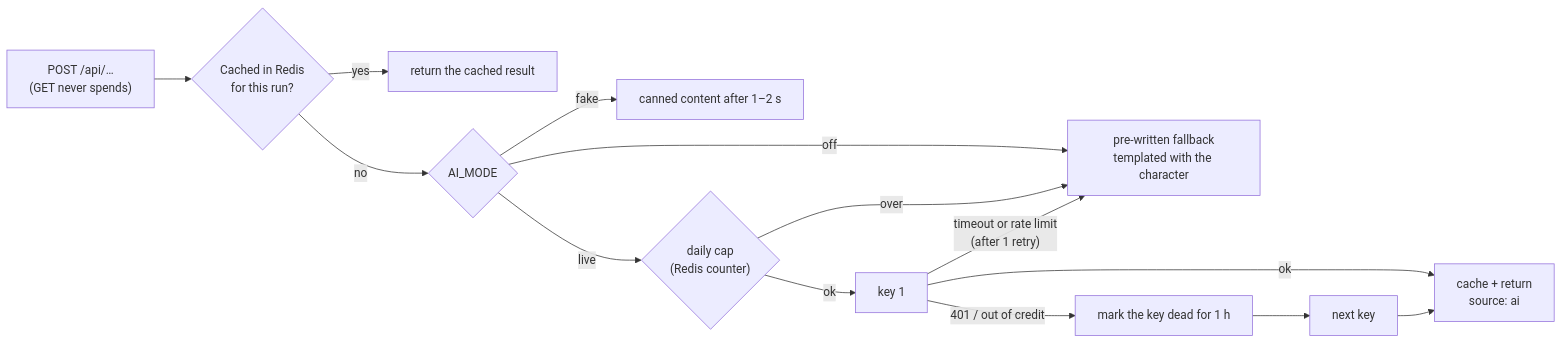
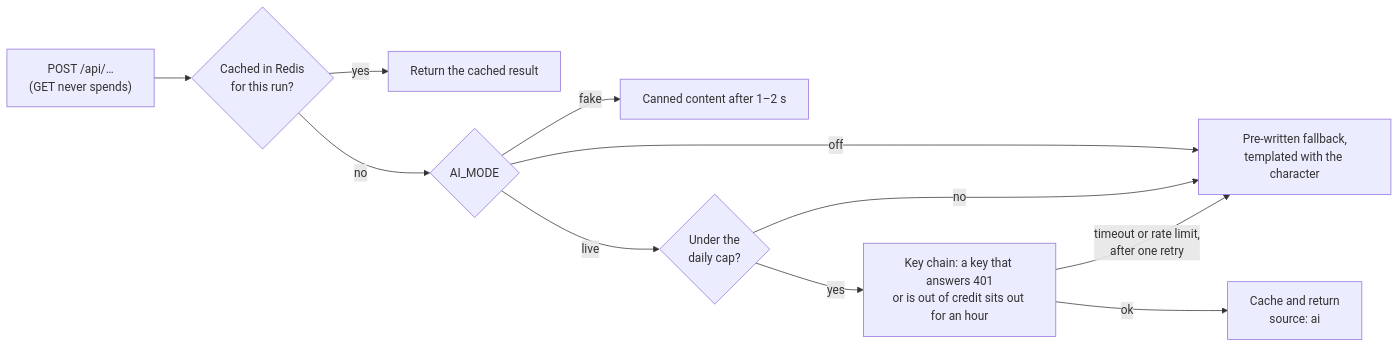
Before and after one commit to DEOIST/viscon26-main: the fourth of 5 diagrams in README.md, drawn with Mermaid. The commit also changed other lines of this file and 26 other files, not shown here.

````diff
--- a/README.md
+++ b/README.md
@@ -242,15 +274,13 @@
 ```mermaid
 flowchart LR
     Req["POST /api/…<br/>(GET never spends)"] --> Cache{"Cached in Redis<br/>for this run?"}
-    Cache -- yes --> Hit["return the cached result"]
+    Cache -- yes --> Hit["Return the cached result"]
     Cache -- no --> Mode{"AI_MODE"}
-    Mode -- off --> FB["pre-written fallback<br/>templated with the character"]
-    Mode -- fake --> Canned["canned content after 1–2 s"]
-    Mode -- live --> Cap{"daily cap<br/>(Redis counter)"}
-    Cap -- over --> FB
-    Cap -- ok --> K1["key 1"]
-    K1 -- "401 / out of credit" --> Dead["mark the key dead for 1 h"] --> K2["next key"]
-    K1 -- "timeout or rate limit<br/>(after 1 retry)" --> FB
-    K1 -- ok --> Store["cache + return<br/>source: ai"]
-    K2 --> Store
+    Mode -- off --> FB["Pre-written fallback,<br/>templated with the character"]
+    Mode -- fake --> Canned["Canned content after 1–2 s"]
+    Mode -- live --> Cap{"Under the<br/>daily cap?"}
+    Cap -- no --> FB
+    Cap -- yes --> Keys["Key chain: a key that answers 401<br/>or is out of credit sits out for an hour"]
+    Keys -- "timeout or rate limit,<br/>after one retry" --> FB
+    Keys -- ok --> Store["Cache and return<br/>source: ai"]
 ```
````
